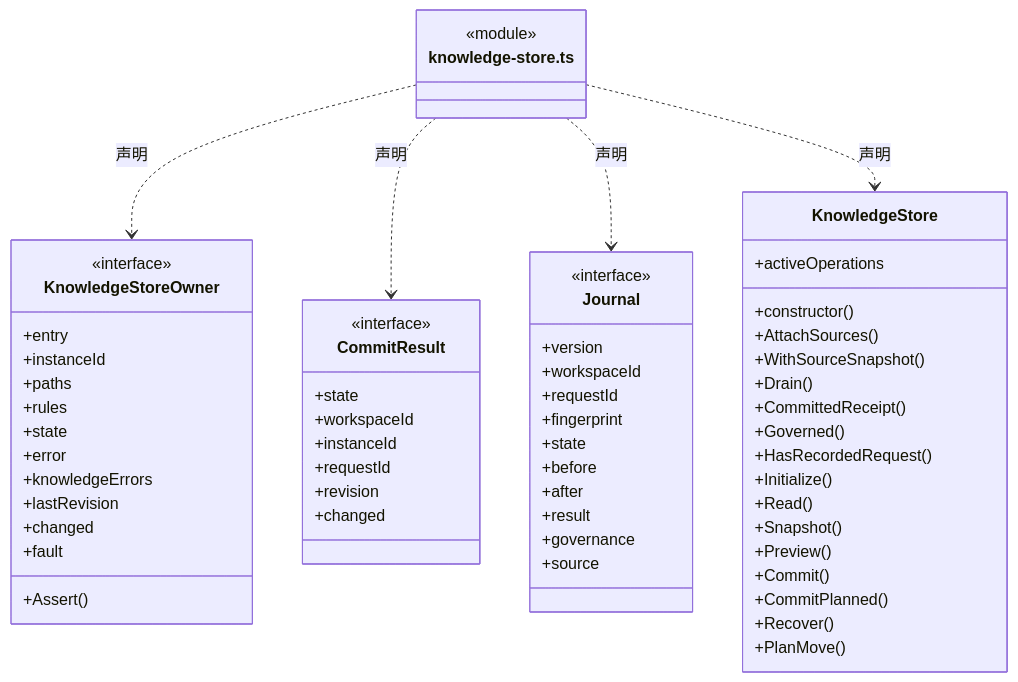
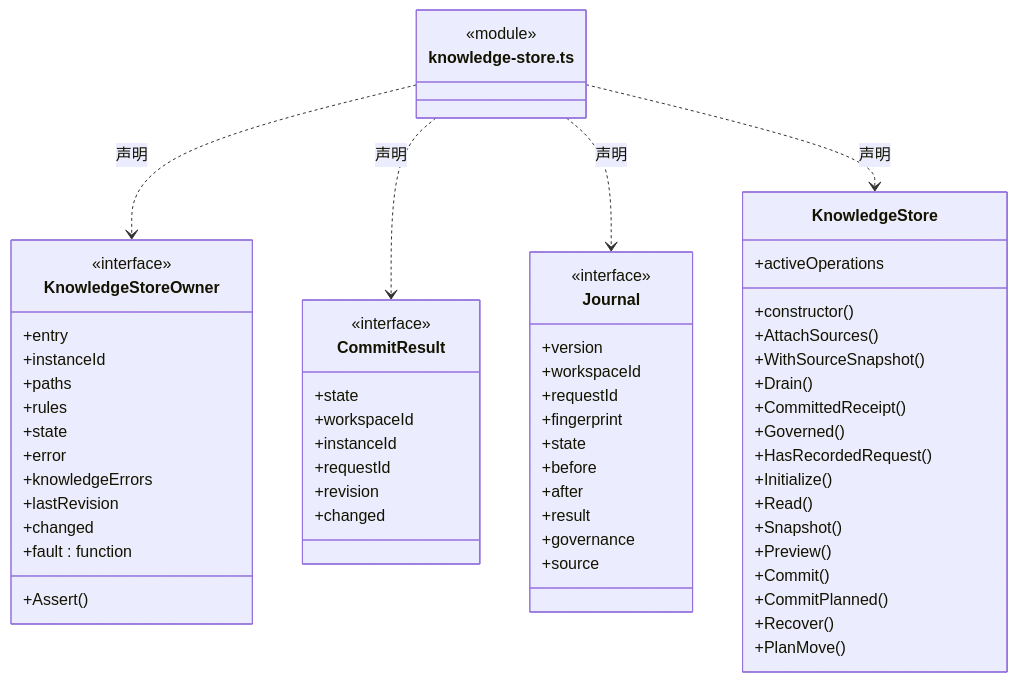
One commit to nan023062/cbim changed the third of 9 diagrams in src/logic/knowledge/storage/ARCHITECTURE.md. Above: the diagram before and after it, drawn with Mermaid. The commit also changed other lines of this file and 137 other files, not shown here.

Commit message:
fix: align architecture generator with documentation standards

````diff
--- a/src/logic/knowledge/storage/ARCHITECTURE.md
+++ b/src/logic/knowledge/storage/ARCHITECTURE.md
@@ -140,64 +146,64 @@
 ```mermaid
 classDiagram
 class N_src_logic_knowledge_storage_knowledge_store_ts["knowledge-store.ts"] {
   <<module>>
 }
 class N_src_logic_knowledge_storage_knowledge_store_ts_KnowledgeStoreOwner["KnowledgeStoreOwner"] {
   <<interface>>
   +entry
   +instanceId
   +paths
   +rules
   +state
   +error
   +knowledgeErrors
   +lastRevision
   +changed
-  +fault
+  +fault : function
   +Assert()
 }
 N_src_logic_knowledge_storage_knowledge_store_ts ..> N_src_logic_knowledge_storage_knowledge_store_ts_KnowledgeStoreOwner : 声明
 class N_src_logic_knowledge_storage_knowledge_store_ts_CommitResult["CommitResult"] {
   <<interface>>
   +state
   +workspaceId
   +instanceId
   +requestId
   +revision
   +changed
 }
 N_src_logic_knowledge_storage_knowledge_store_ts ..> N_src_logic_knowledge_storage_knowledge_store_ts_CommitResult : 声明
 class N_src_logic_knowledge_storage_knowledge_store_ts_Journal["Journal"] {
   <<interface>>
   +version
   +workspaceId
   +requestId
   +fingerprint
   +state
   +before
   +after
   +result
   +governance
   +source
 }
 N_src_logic_knowledge_storage_knowledge_store_ts ..> N_src_logic_knowledge_storage_knowledge_store_ts_Journal : 声明
 class N_src_logic_knowledge_storage_knowledge_store_ts_KnowledgeStore["KnowledgeStore"] {
   +activeOperations
   +constructor()
   +AttachSources()
   +WithSourceSnapshot()
   +Drain()
   +CommittedReceipt()
   +Governed()
   +HasRecordedRequest()
   +Initialize()
   +Read()
   +Snapshot()
   +Preview()
   +Commit()
   +CommitPlanned()
   +Recover()
   +PlanMove()
 }
 N_src_logic_knowledge_storage_knowledge_store_ts ..> N_src_logic_knowledge_storage_knowledge_store_ts_KnowledgeStore : 声明
 ```
````
